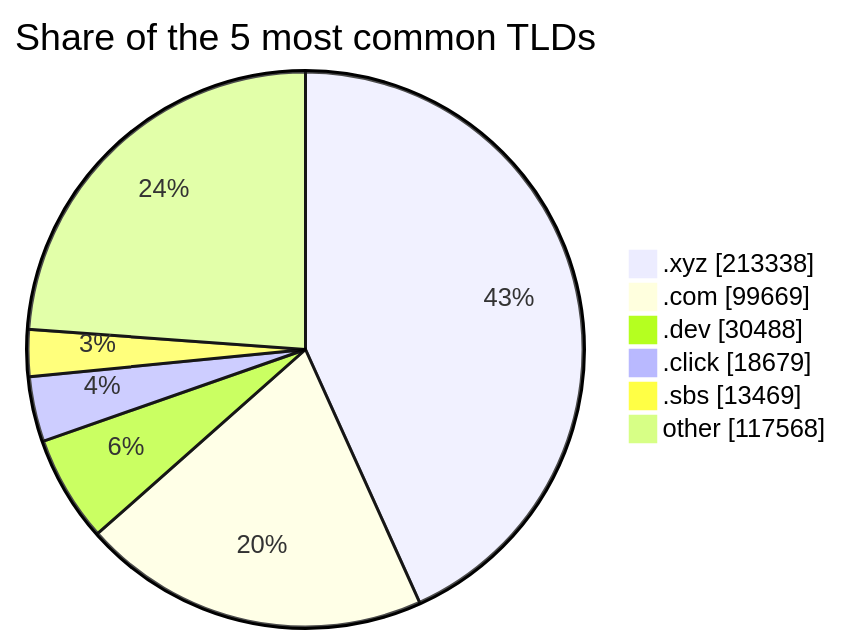
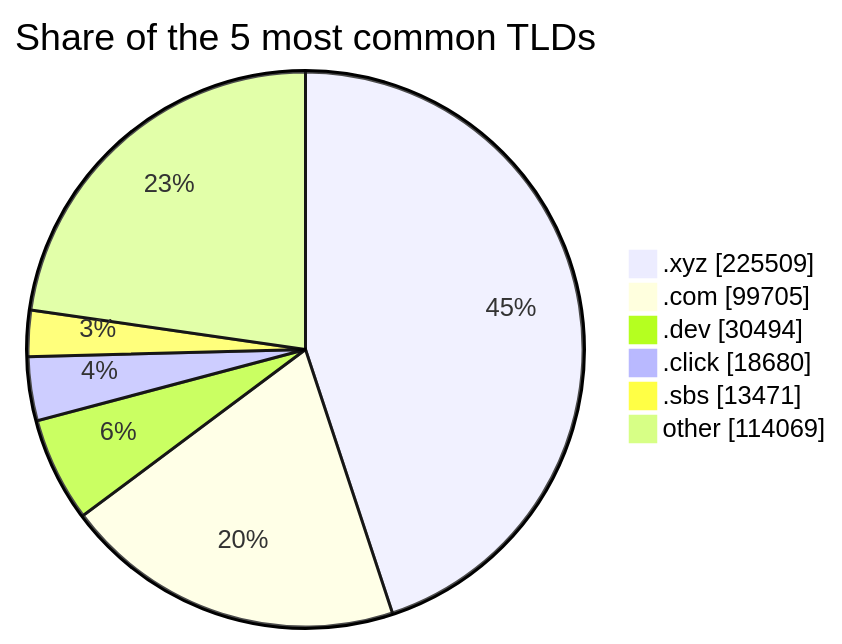
One commit to DNSBunker/CTI changed the third of 3 diagrams in README.md. Above: the diagram before and after it, drawn with Mermaid. The commit also changed other lines of this file and 3 other files, not shown here.

````diff
--- a/README.md
+++ b/README.md
@@ -81,9 +81,9 @@
 ```mermaid
 pie showData title Share of the 5 most common TLDs
-    ".xyz" : 213338
-    ".com" : 99669
-    ".dev" : 30488
-    ".click" : 18679
-    ".sbs" : 13469
-    "other" : 117568
+    ".xyz" : 225509
+    ".com" : 99705
+    ".dev" : 30494
+    ".click" : 18680
+    ".sbs" : 13471
+    "other" : 114069
 ```
````
